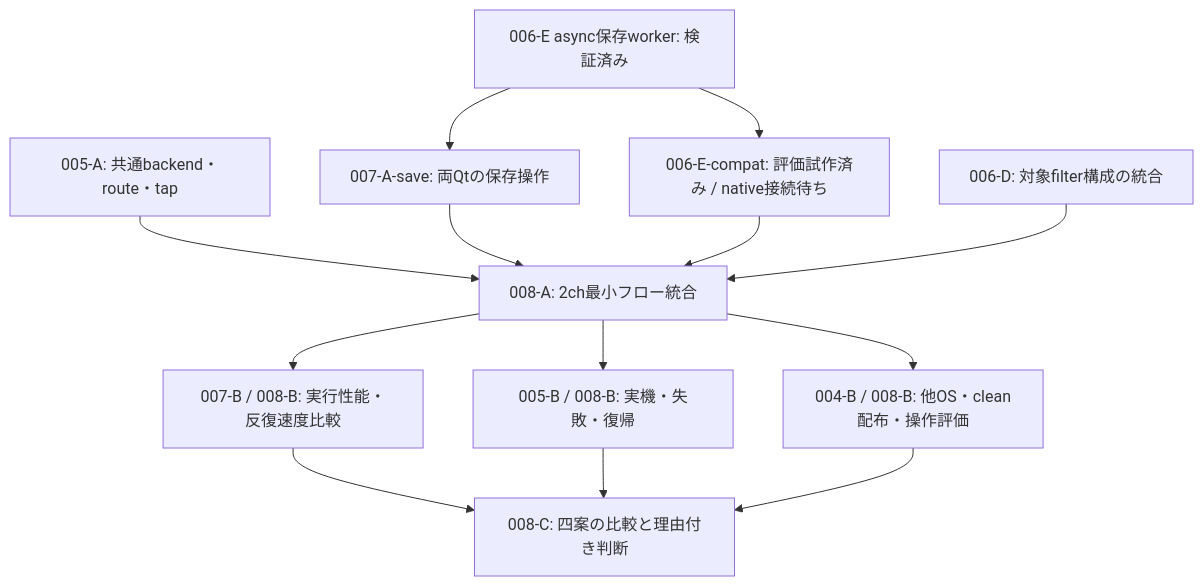
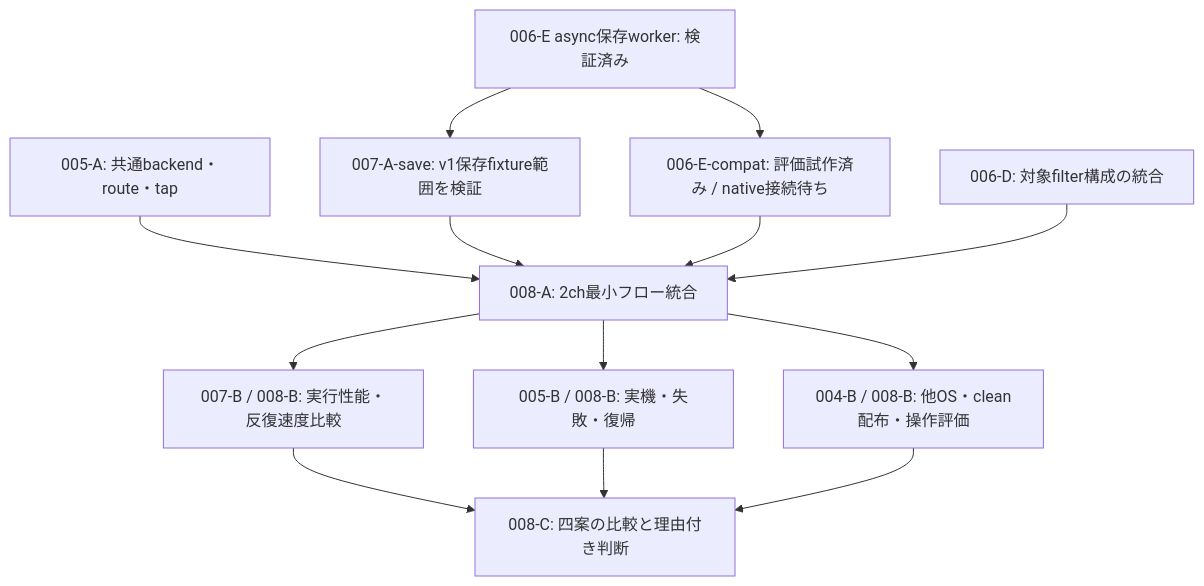
Before and after one commit to youtube-at-vach/MeasureLab: the diagram in migration/remaining-to-mig008.md, drawn with Mermaid. The commit also changed other lines of this file and 31 other files, not shown here.

````diff
--- a/migration/remaining-to-mig008.md
+++ b/migration/remaining-to-mig008.md
@@ -19,15 +19,15 @@
 ```mermaid
 flowchart TD
-    S[006-E async保存worker: 検証済み] --> U[007-A-save: 両Qtの保存操作]
+    S[006-E async保存worker: 検証済み] --> U[007-A-save: v1保存fixture範囲を検証]
     S --> C[006-E-compat: 評価試作済み / native接続待ち]
     A[005-A: 共通backend・route・tap] --> I[008-A: 2ch最小フロー統合]
     U --> I
     C --> I
     F[006-D: 対象filter構成の統合] --> I
     I --> B[007-B / 008-B: 実行性能・反復速度比較]
     I --> H[005-B / 008-B: 実機・失敗・復帰]
     I --> P[004-B / 008-B: 他OS・clean配布・操作評価]
     B --> D[008-C: 四案の比較と理由付き判断]
     H --> D
     P --> D
 ```
````
